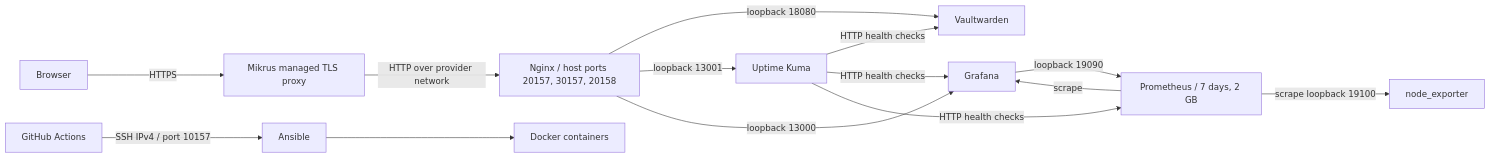
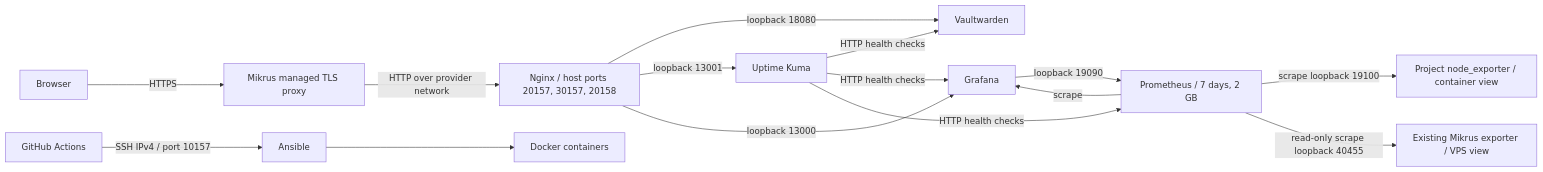
Before and after one commit to michaljakubowski2001/mikrus-devops-portfolio: the diagram in README.md, drawn with Mermaid. The commit also changed other lines of this file and 5 other files, not shown here.

````diff
--- a/README.md
+++ b/README.md
@@ -15,16 +17,17 @@
 ```mermaid
 flowchart LR
     User[Browser] -->|HTTPS| Edge[Mikrus managed TLS proxy]
     Edge -->|HTTP over provider network| Nginx[Nginx / host ports 20157, 30157, 20158]
     Nginx -->|loopback 18080| VW[Vaultwarden]
     Nginx -->|loopback 13001| Kuma[Uptime Kuma]
     Nginx -->|loopback 13000| Grafana[Grafana]
     Grafana -->|loopback 19090| Prom[Prometheus / 7 days, 2 GB]
-    Prom -->|scrape loopback 19100| Node[node_exporter]
+    Prom -->|scrape loopback 19100| Node[Project node_exporter / container view]
+    Prom -->|read-only scrape loopback 40455| Host[Existing Mikrus exporter / VPS view]
     Prom -->|scrape| Grafana
     Kuma -->|HTTP health checks| VW
     Kuma -->|HTTP health checks| Grafana
     Kuma -->|HTTP health checks| Prom
     Actions[GitHub Actions] -->|SSH IPv4 / port 10157| Ansible[Ansible]
     Ansible --> Containers[Docker containers]
 ```
````
